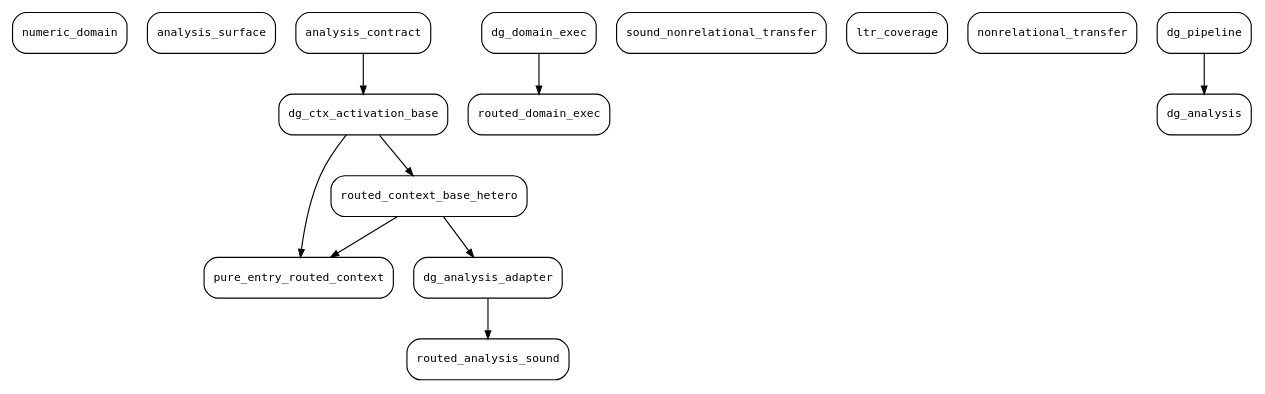
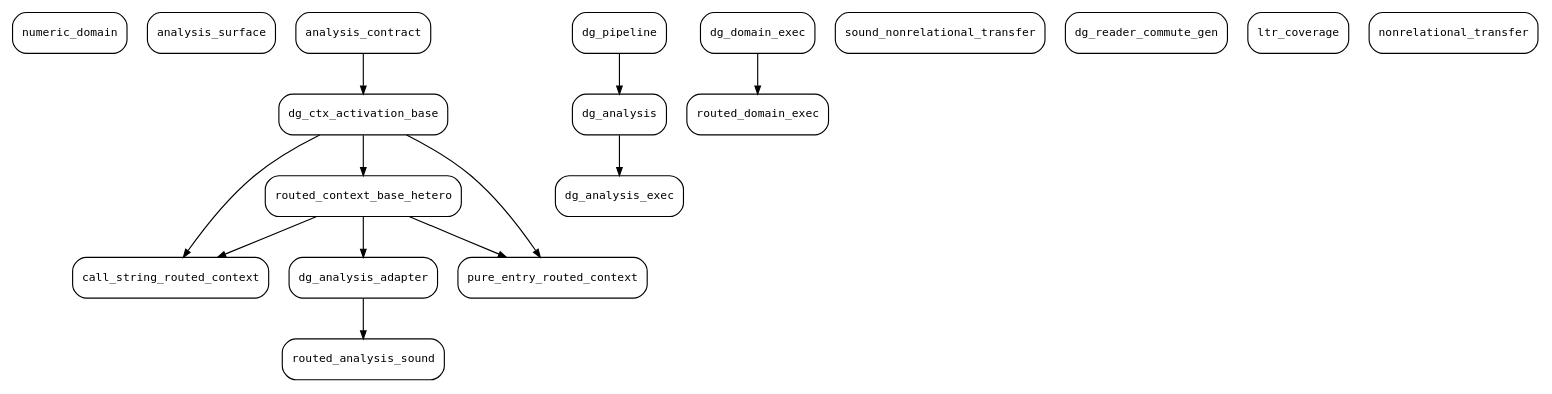
Before and after one commit to ManuelLerchner/Voblint-Verification-Master-Thesis: the diagram in thesis/shared/dot/locale_deps.dot, drawn with Graphviz. The commit also changed 2 other files, not shown here.

Commit message:
chore(thesis): regenerate derived material and the locale graph
The batch build found one theory still citing local_dg_spec_def after the
positional builder was removed; its proof needs only the dg_spec_of field
equations. The link map and generated facts now cover local_spec and its
builders, and pixi run thesis-locale-graph regenerates locale_deps.dot
from the built Voblint_Examples heap instead of the file being kept by hand.

```diff
--- a/thesis/shared/dot/locale_deps.dot
+++ b/thesis/shared/dot/locale_deps.dot
@@ -1,27 +1,33 @@
 digraph locales {
   rankdir=TB;
   edge [arrowsize=0.7];
   "numeric_domain" [shape=box, style=rounded, fontname="DejaVu Sans Mono", fontsize=10];
   "analysis_surface" [shape=box, style=rounded, fontname="DejaVu Sans Mono", fontsize=10];
+  "call_string_routed_context" [shape=box, style=rounded, fontname="DejaVu Sans Mono", fontsize=10];
+  "dg_analysis" [shape=box, style=rounded, fontname="DejaVu Sans Mono", fontsize=10];
+  "dg_analysis_exec" [shape=box, style=rounded, fontname="DejaVu Sans Mono", fontsize=10];
+  "dg_pipeline" [shape=box, style=rounded, fontname="DejaVu Sans Mono", fontsize=10];
   "dg_analysis_adapter" [shape=box, style=rounded, fontname="DejaVu Sans Mono", fontsize=10];
   "dg_ctx_activation_base" [shape=box, style=rounded, fontname="DejaVu Sans Mono", fontsize=10];
   "dg_domain_exec" [shape=box, style=rounded, fontname="DejaVu Sans Mono", fontsize=10];
   "sound_nonrelational_transfer" [shape=box, style=rounded, fontname="DejaVu Sans Mono", fontsize=10];
+  "dg_reader_commute_gen" [shape=box, style=rounded, fontname="DejaVu Sans Mono", fontsize=10];
   "analysis_contract" [shape=box, style=rounded, fontname="DejaVu Sans Mono", fontsize=10];
   "pure_entry_routed_context" [shape=box, style=rounded, fontname="DejaVu Sans Mono", fontsize=10];
   "ltr_coverage" [shape=box, style=rounded, fontname="DejaVu Sans Mono", fontsize=10];
   "nonrelational_transfer" [shape=box, style=rounded, fontname="DejaVu Sans Mono", fontsize=10];
   "routed_analysis_sound" [shape=box, style=rounded, fontname="DejaVu Sans Mono", fontsize=10];
   "routed_context_base_hetero" [shape=box, style=rounded, fontname="DejaVu Sans Mono", fontsize=10];
-  "dg_analysis" [shape=box, style=rounded, fontname="DejaVu Sans Mono", fontsize=10];
-  "dg_pipeline" [shape=box, style=rounded, fontname="DejaVu Sans Mono", fontsize=10];
   "routed_domain_exec" [shape=box, style=rounded, fontname="DejaVu Sans Mono", fontsize=10];
+  "routed_context_base_hetero" -> "call_string_routed_context";
+  "dg_ctx_activation_base" -> "call_string_routed_context";
+  "dg_pipeline" -> "dg_analysis";
+  "dg_analysis" -> "dg_analysis_exec";
   "routed_context_base_hetero" -> "dg_analysis_adapter";
   "analysis_contract" -> "dg_ctx_activation_base";
   "routed_context_base_hetero" -> "pure_entry_routed_context";
   "dg_ctx_activation_base" -> "pure_entry_routed_context";
   "dg_analysis_adapter" -> "routed_analysis_sound";
   "dg_ctx_activation_base" -> "routed_context_base_hetero";
-  "dg_pipeline" -> "dg_analysis";
   "dg_domain_exec" -> "routed_domain_exec";
 }
```
